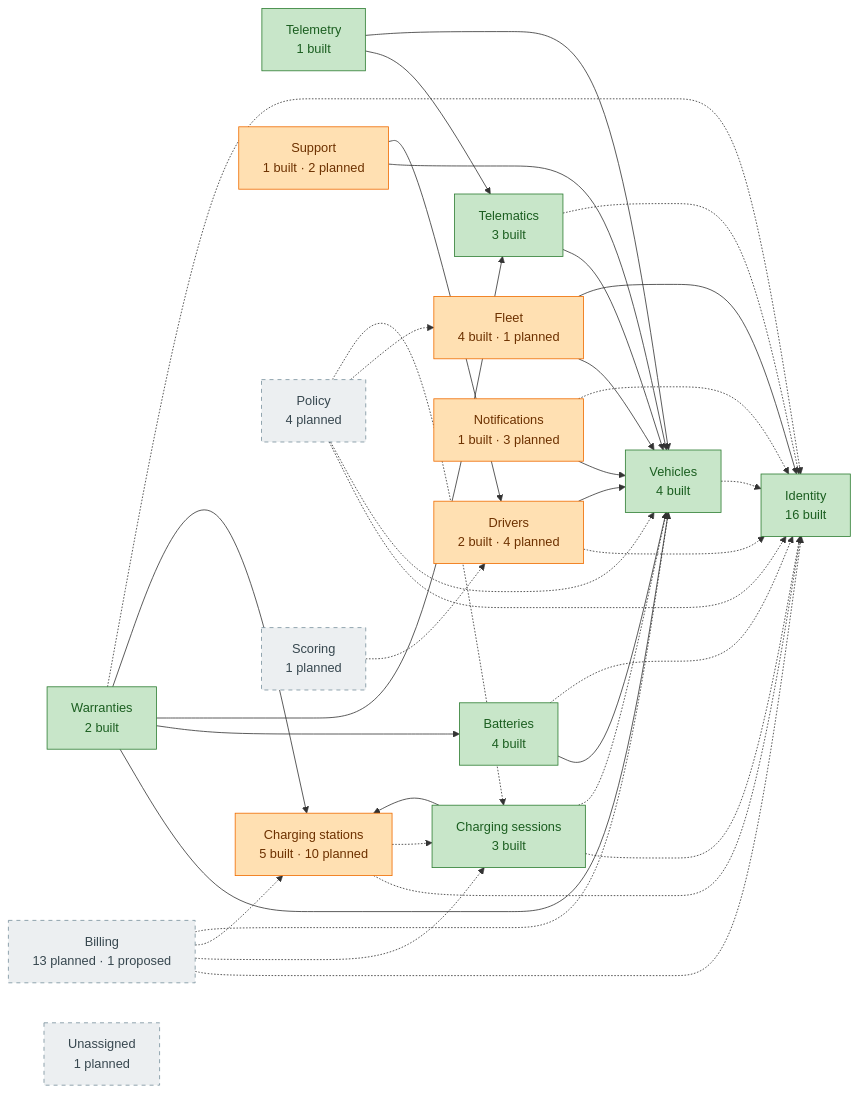
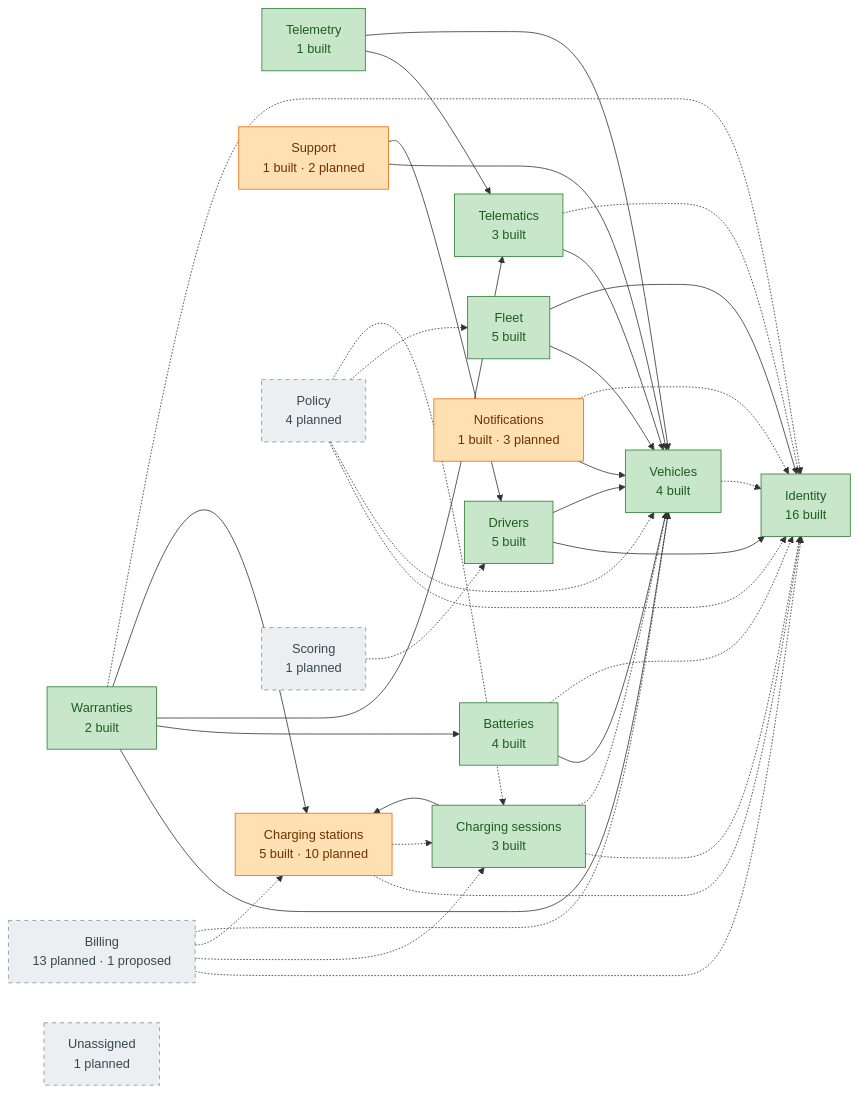
One commit to yolo-coccoc/G3Network-app changed the diagram in docs/design/domain-model/overview.md. Above: the diagram before and after it, drawn with Mermaid. The commit also changed other lines of this file and 41 other files, not shown here.

First line of the commit message:
feat(drivers): build drivers, driving sessions, trips and fleet limits (WP1)

````diff
--- a/docs/design/domain-model/overview.md
+++ b/docs/design/domain-model/overview.md
@@ -28,56 +28,56 @@
 ```mermaid
 flowchart LR
   identity["Identity<br/>16 built"]:::built
   vehicles["Vehicles<br/>4 built"]:::built
   batteries["Batteries<br/>4 built"]:::built
   warranties["Warranties<br/>2 built"]:::built
   telematics["Telematics<br/>3 built"]:::built
   telemetry["Telemetry<br/>1 built"]:::built
-  drivers["Drivers<br/>2 built · 4 planned"]:::partial
-  fleet["Fleet<br/>4 built · 1 planned"]:::partial
+  drivers["Drivers<br/>5 built"]:::built
+  fleet["Fleet<br/>5 built"]:::built
   charging_stations["Charging stations<br/>5 built · 10 planned"]:::partial
   charging_sessions["Charging sessions<br/>3 built"]:::built
   notifications["Notifications<br/>1 built · 3 planned"]:::partial
   support["Support<br/>1 built · 2 planned"]:::partial
   policy["Policy<br/>4 planned"]:::planned
   billing["Billing<br/>13 planned · 1 proposed"]:::planned
   scoring["Scoring<br/>1 planned"]:::planned
   unassigned["Unassigned<br/>1 planned"]:::planned
   batteries --> vehicles
   warranties --> vehicles
   warranties --> batteries
   warranties --> telematics
   warranties --> charging_stations
   telematics --> vehicles
   telemetry --> telematics
   telemetry --> vehicles
-  drivers -.-> identity
+  drivers --> identity
   drivers --> vehicles
   fleet --> vehicles
   fleet --> identity
   charging_stations -.-> identity
   charging_stations -.-> charging_sessions
   charging_sessions --> charging_stations
   charging_sessions -.-> identity
   charging_sessions -.-> vehicles
   notifications --> vehicles
   notifications -.-> identity
   support --> vehicles
   support --> drivers
   policy -.-> identity
   policy -.-> vehicles
   policy -.-> fleet
   policy -.-> charging_sessions
   billing -.-> identity
   billing -.-> charging_sessions
   billing -.-> charging_stations
   billing -.-> vehicles
   scoring -.-> drivers
   vehicles -.-> identity
   batteries -.-> identity
   warranties -.-> identity
   telematics -.-> identity
   classDef built fill:#C8E6C9,stroke:#2E7D32,color:#1B5E20
   classDef partial fill:#FFE0B2,stroke:#EF6C00,color:#6D3100
   classDef planned fill:#ECEFF1,stroke:#78909C,color:#37474F,stroke-dasharray:5 5
 ```
````
